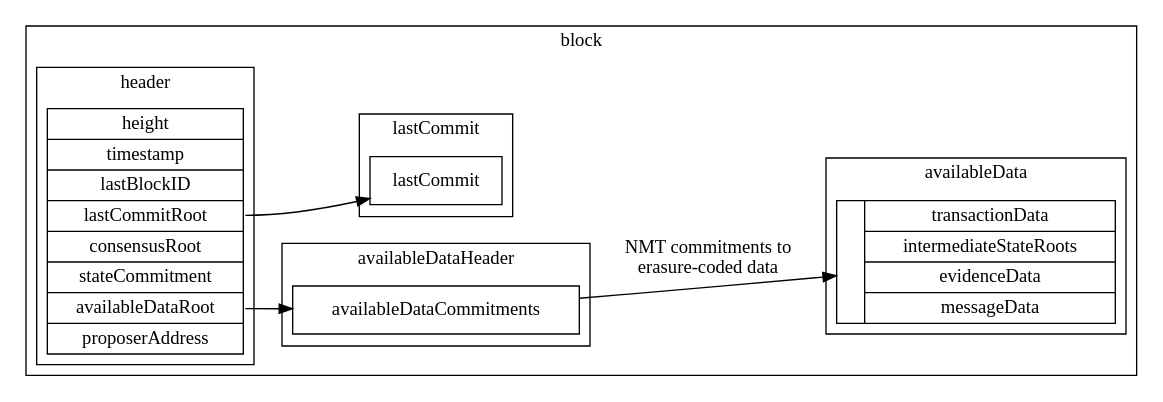
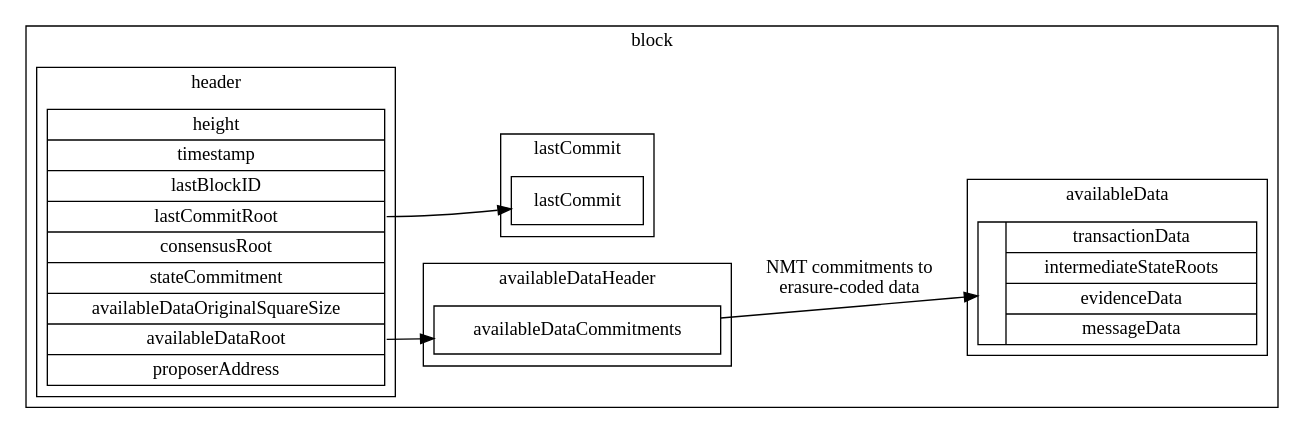
Before and after one commit to celestiaorg/celestia-specs: the diagram in specs/figures/block_data_structures.dot, drawn with Graphviz. The commit also changed 1 other file, not shown here.

Commit message:
Fix data structs figure.

```diff
--- a/specs/figures/block_data_structures.dot
+++ b/specs/figures/block_data_structures.dot
@@ -1,36 +1,36 @@
 digraph G {
     rankdir = "LR";
     node [shape = record];
 
     subgraph cluster_block {
         label = "block";
 
         subgraph cluster_availableheader {
             label = "availableDataHeader";
             struct4 [label = "{<f0> availableDataCommitments}"];
         }
 
         subgraph cluster_body {
             label = "availableData";
             struct3 [label = "{ | { transactionData | intermediateStateRoots | evidenceData | messageData } }"];
         }
 
         subgraph cluster_lastcommit {
             label = "lastCommit";
             struct2 [label = "{lastCommit}"];
         }
 
         subgraph cluster_header {
             label = "header";
-            struct1 [label = "height | timestamp | lastBlockID | <f3> lastCommitRoot | consensusRoot | stateCommitment | <f6> availableDataRoot | proposerAddress"];
+            struct1 [label = "height | timestamp | lastBlockID | <f3> lastCommitRoot | consensusRoot | stateCommitment | availableDataOriginalSquareSize | <f7> availableDataRoot | proposerAddress"];
         }
     }
 
     struct1:f3 -> struct2;
-    struct1:f6 -> struct4;
+    struct1:f7 -> struct4;
     struct4:f0 -> struct3 [label = "NMT commitments to\nerasure-coded data"];
 
     edge [style = invis];
     struct1 -> struct3;
     struct1 -> struct4;
 }
```
